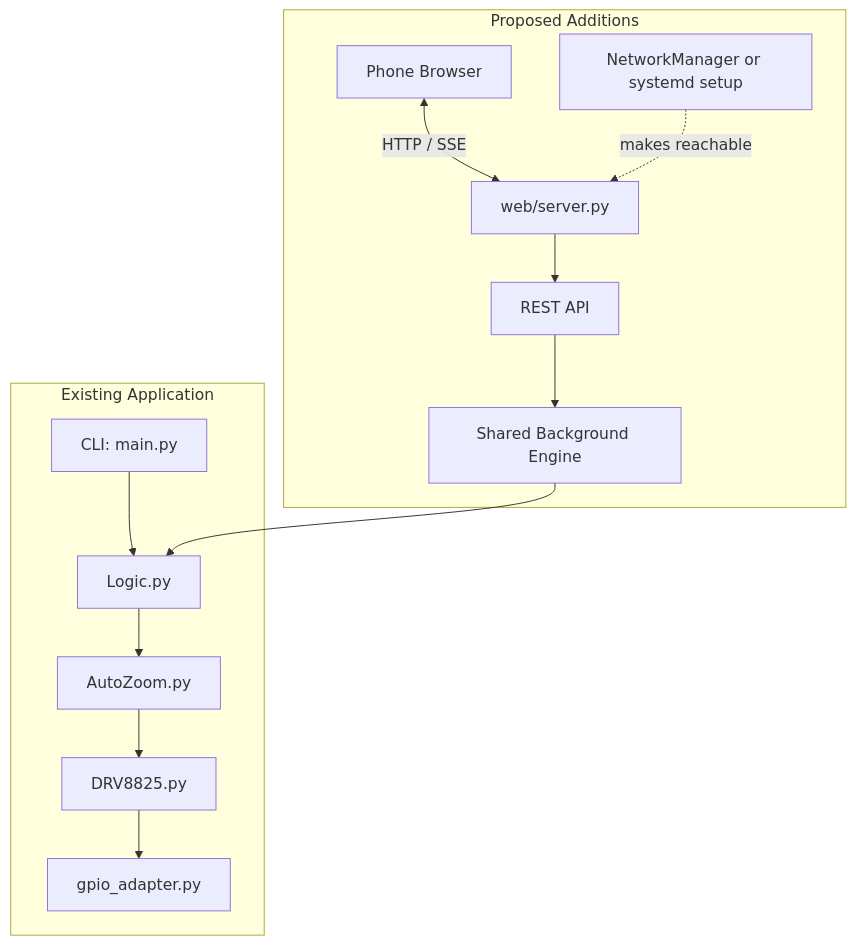
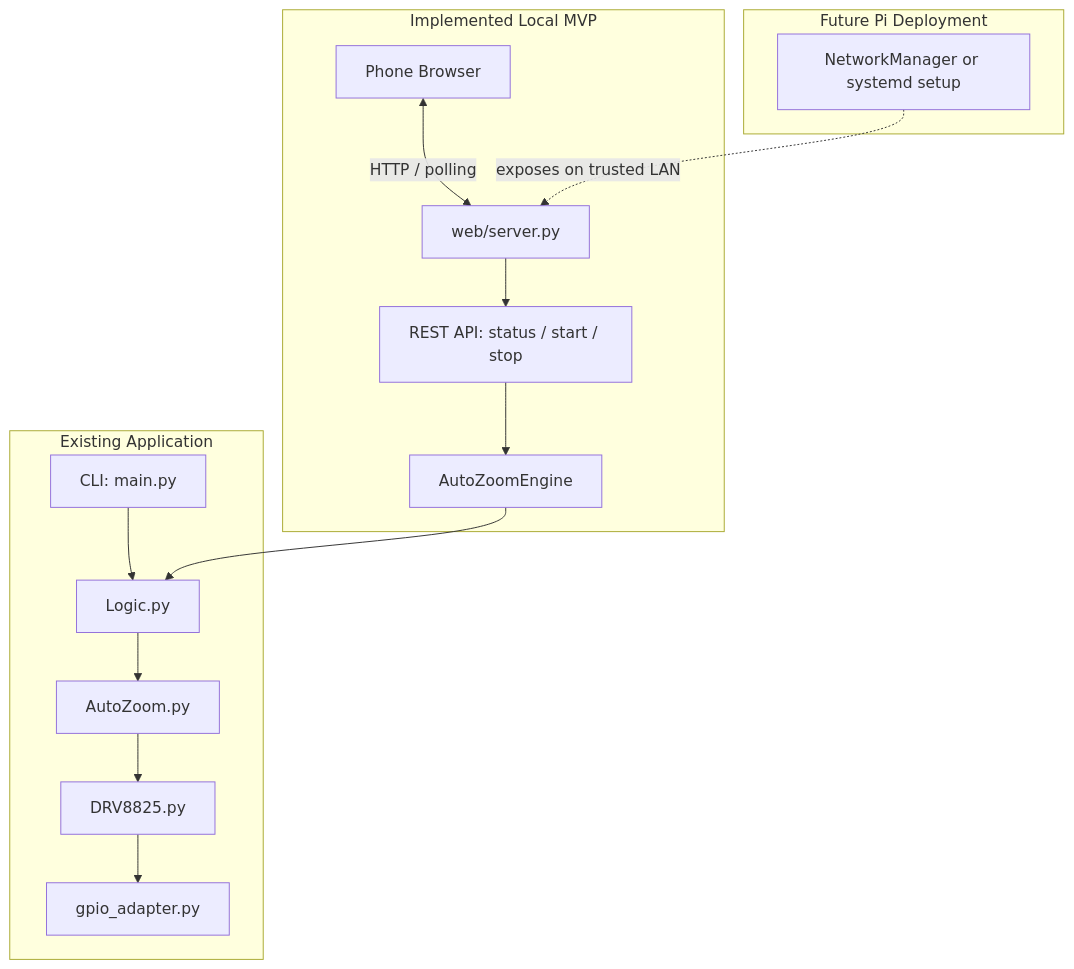
Before and after one commit to szigyi/auto-zoom-controller: the first of 2 diagrams in docs/plans/web_ui_and_autohotspot_plan.md, drawn with Mermaid. The commit also changed other lines of this file and 12 other files, not shown here.

````diff
--- a/docs/plans/web_ui_and_autohotspot_plan.md
+++ b/docs/plans/web_ui_and_autohotspot_plan.md
@@ -37,16 +37,18 @@
 ```mermaid
 graph TD
     subgraph Existing Application
         CLI[CLI: main.py] --> LOGIC[Logic.py]
         LOGIC --> AUTOZOOM[AutoZoom.py]
         AUTOZOOM --> MOTOR[DRV8825.py]
         MOTOR --> GPIO[gpio_adapter.py]
     end
-    subgraph Proposed Additions
-        UI[Phone Browser] <-->|HTTP / SSE| SERVER[web/server.py]
-        SERVER --> API[REST API]
-        API --> ENGINE[Shared Background Engine]
+    subgraph Implemented Local MVP
+        UI[Phone Browser] <-->|HTTP / polling| SERVER[web/server.py]
+        SERVER --> API[REST API: status / start / stop]
+        API --> ENGINE[AutoZoomEngine]
         ENGINE --> LOGIC
-           NETWORK[NetworkManager or systemd setup] -. makes reachable .-> SERVER
+    end
+    subgraph Future Pi Deployment
+        NETWORK[NetworkManager or systemd setup] -. exposes on trusted LAN .-> SERVER
     end
 ```
````
